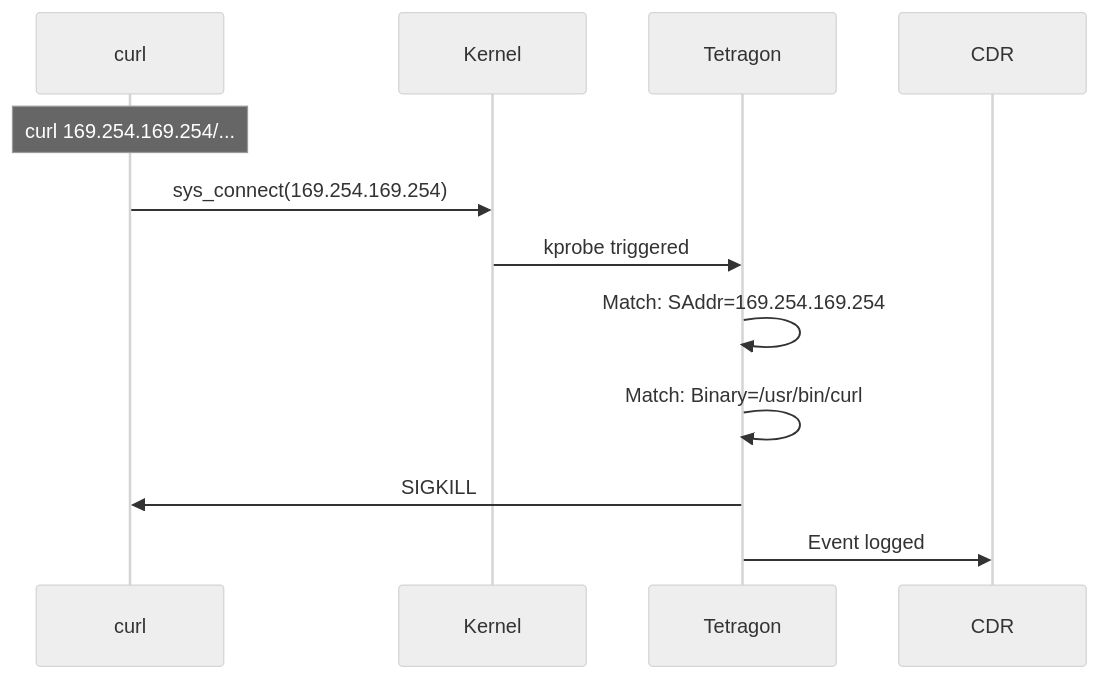
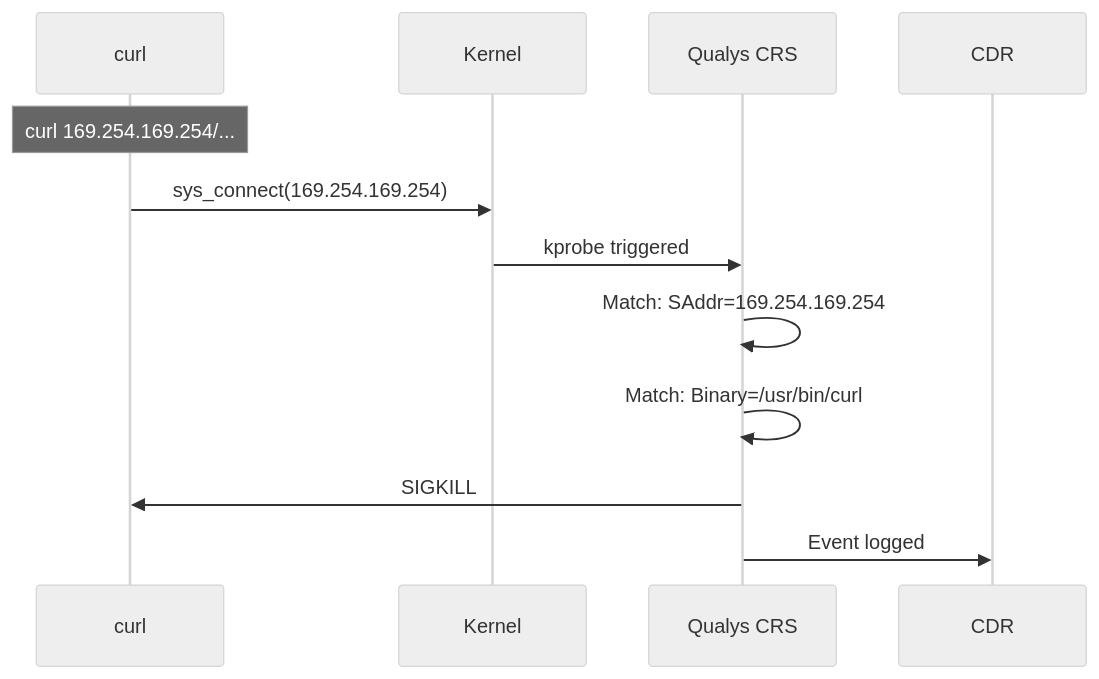
One commit to nelssec/qualys-ebpf changed the eighth of 13 diagrams in docs/automated-threat-response.md. Above: the diagram before and after it, drawn with Mermaid (neutral theme). The commit also changed other lines of this file and 12 other files, not shown here.

Commit message:
Rebrand to Qualys CRS, expand policy generation (15 use cases), add validation tests

````diff
--- a/docs/automated-threat-response.md
+++ b/docs/automated-threat-response.md
@@ -233,15 +233,15 @@
 ```mermaid
 sequenceDiagram
     participant curl
     participant Kernel
-    participant Tetragon
+    participant Qualys CRS
     participant CDR
 
     Note over curl: curl 169.254.169.254/...
     curl->>Kernel: sys_connect(169.254.169.254)
-    Kernel->>Tetragon: kprobe triggered
-    Tetragon->>Tetragon: Match: SAddr=169.254.169.254
-    Tetragon->>Tetragon: Match: Binary=/usr/bin/curl
-    Tetragon->>curl: SIGKILL
-    Tetragon->>CDR: Event logged
+    Kernel->>Qualys CRS: kprobe triggered
+    Qualys CRS->>Qualys CRS: Match: SAddr=169.254.169.254
+    Qualys CRS->>Qualys CRS: Match: Binary=/usr/bin/curl
+    Qualys CRS->>curl: SIGKILL
+    Qualys CRS->>CDR: Event logged
 ```
````
